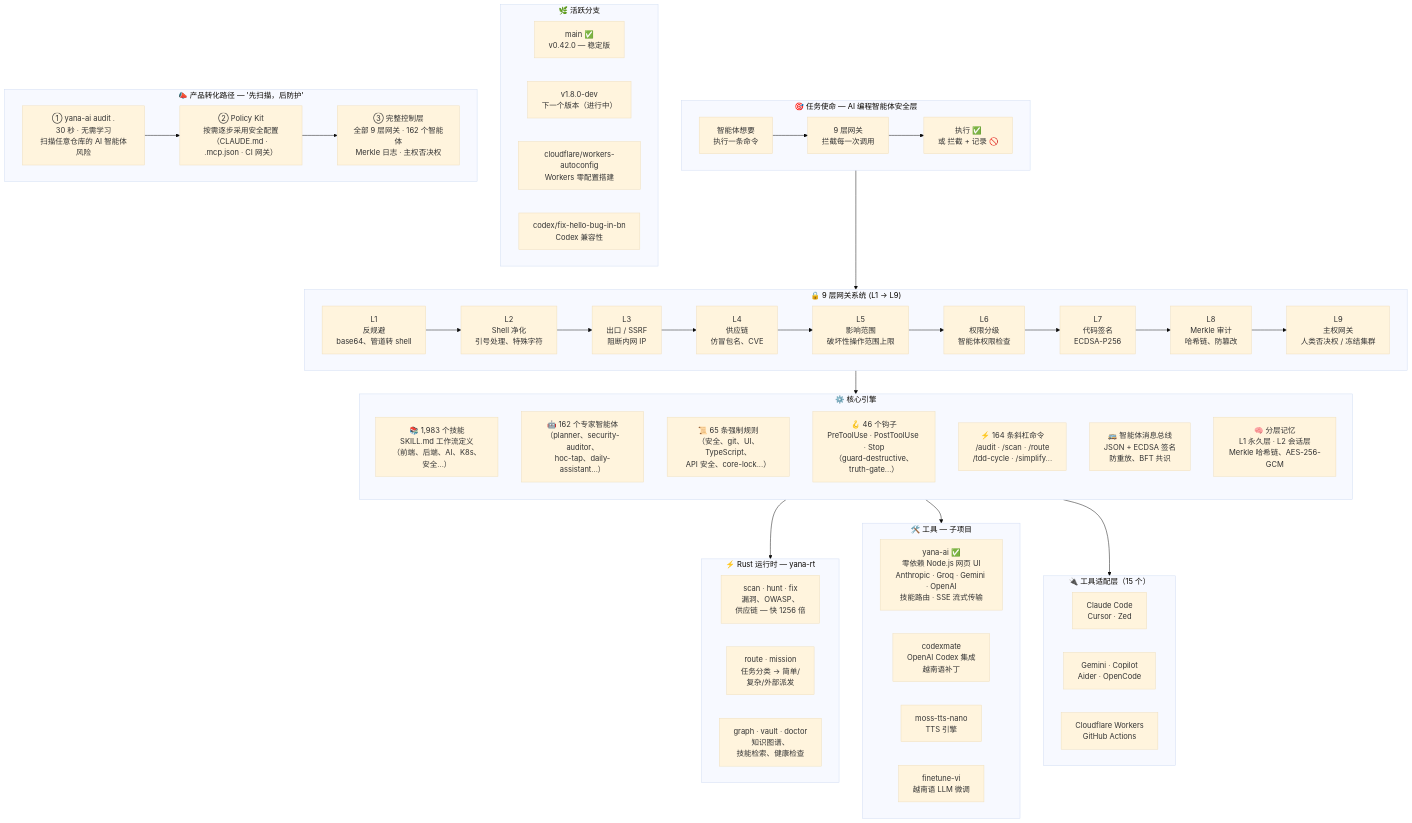
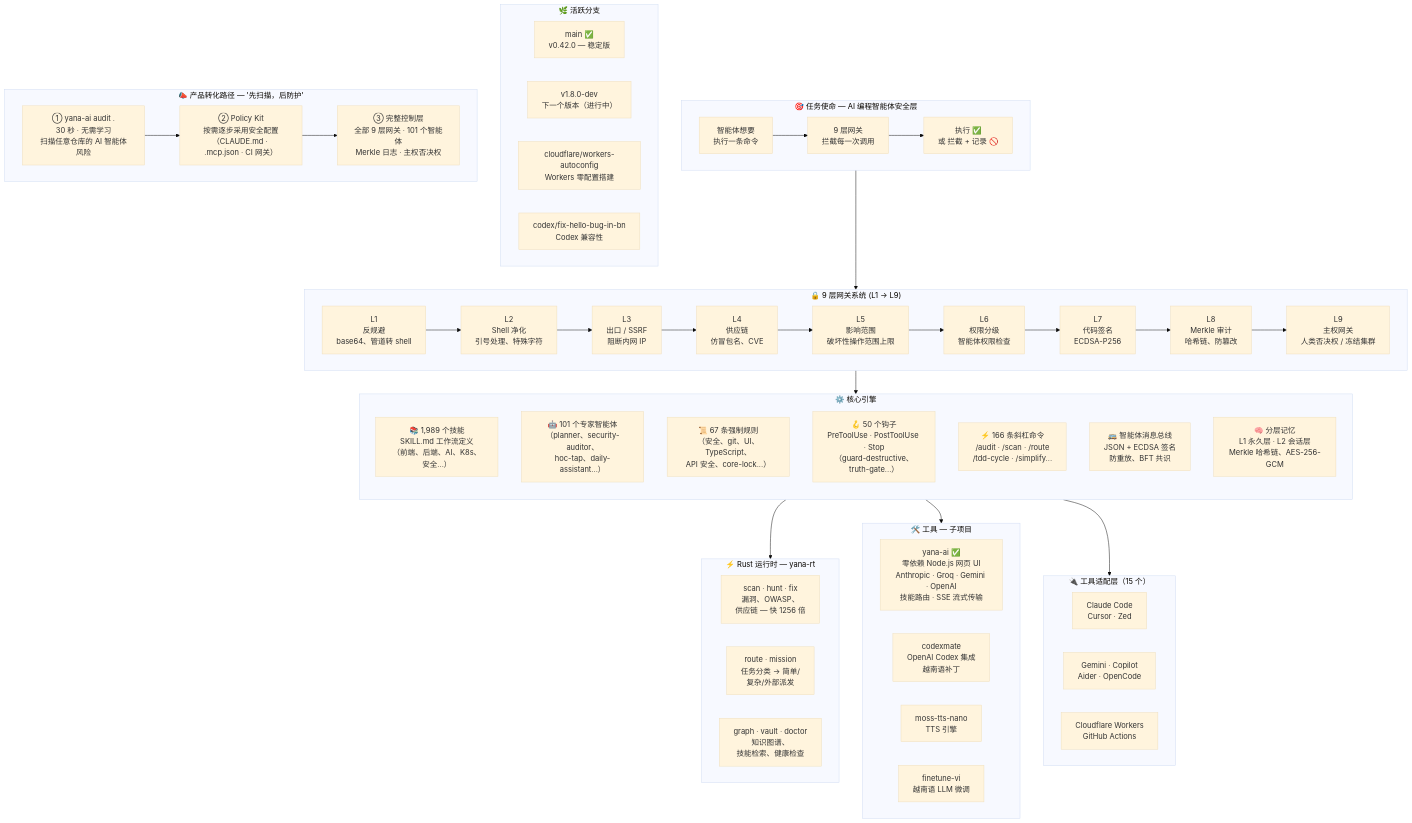
Before and after one commit to yanacuti1121/Yana-AI: the diagram in README.zh.md, drawn with Mermaid (base theme). The commit also changed other lines of this file and 23 other files, not shown here.

```diff
--- a/README.zh.md
+++ b/README.zh.md
@@ -142,11 +144,11 @@
     %% ── Core engine ──────────────────────────────────────────────────────
     subgraph CORE["⚙️ 核心引擎"]
         direction TB
-        SKILLS["📚 1,983 个技能\nSKILL.md 工作流定义\n（前端、后端、AI、K8s、安全...）"]
-        AGENTS["🤖 162 个专家智能体\n（planner、security-auditor、\nhoc-tap、daily-assistant...）"]
-        RULES["📜 65 条强制规则\n（安全、git、UI、TypeScript、\nAPI 安全、core-lock...）"]
-        HOOKS["🪝 46 个钩子\nPreToolUse · PostToolUse · Stop\n（guard-destructive、truth-gate...）"]
-        CMDS["⚡ 164 条斜杠命令\n/audit · /scan · /route\n/tdd-cycle · /simplify..."]
+        SKILLS["📚 1,989 个技能\nSKILL.md 工作流定义\n（前端、后端、AI、K8s、安全...）"]
+        AGENTS["🤖 101 个专家智能体\n（planner、security-auditor、\nhoc-tap、daily-assistant...）"]
+        RULES["📜 67 条强制规则\n（安全、git、UI、TypeScript、\nAPI 安全、core-lock...）"]
+        HOOKS["🪝 50 个钩子\nPreToolUse · PostToolUse · Stop\n（guard-destructive、truth-gate...）"]
+        CMDS["⚡ 166 条斜杠命令\n/audit · /scan · /route\n/tdd-cycle · /simplify..."]
         BUS["🚌 智能体消息总线\nJSON + ECDSA 签名\n防重放、BFT 共识"]
         MEM["🧠 分层记忆\nL1 永久层 · L2 会话层\nMerkle 哈希链、AES-256-GCM"]
     end
@@ -190,7 +192,7 @@
         direction LR
         F1["① yana-ai audit .\n30 秒 · 无需学习\n扫描任意仓库的 AI 智能体风险"]
         F2["② Policy Kit\n按需逐步采用安全配置\n（CLAUDE.md · .mcp.json · CI 网关）"]
-        F3["③ 完整控制层\n全部 9 层网关 · 162 个智能体\nMerkle 日志 · 主权否决权"]
+        F3["③ 完整控制层\n全部 9 层网关 · 101 个智能体\nMerkle 日志 · 主权否决权"]
         F1 --> F2 --> F3
     end
 
```
